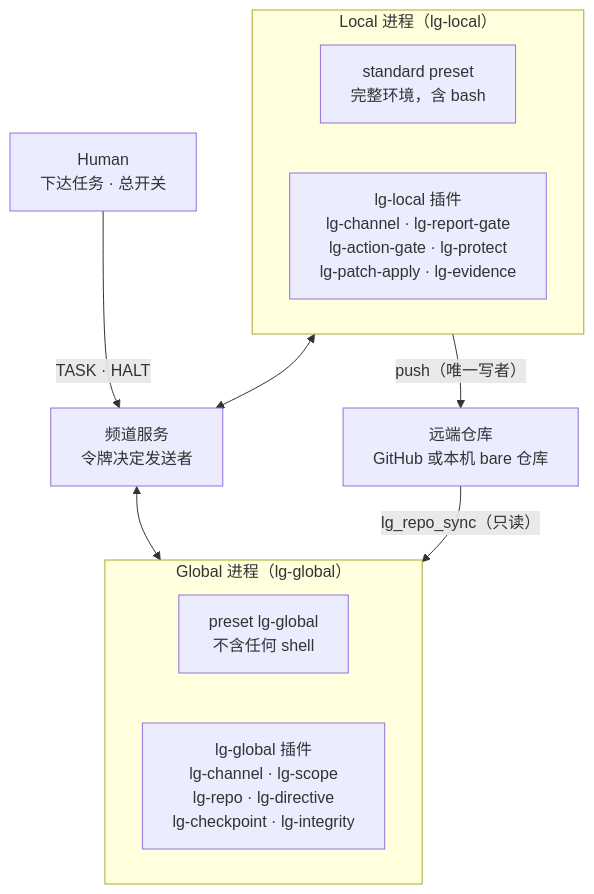
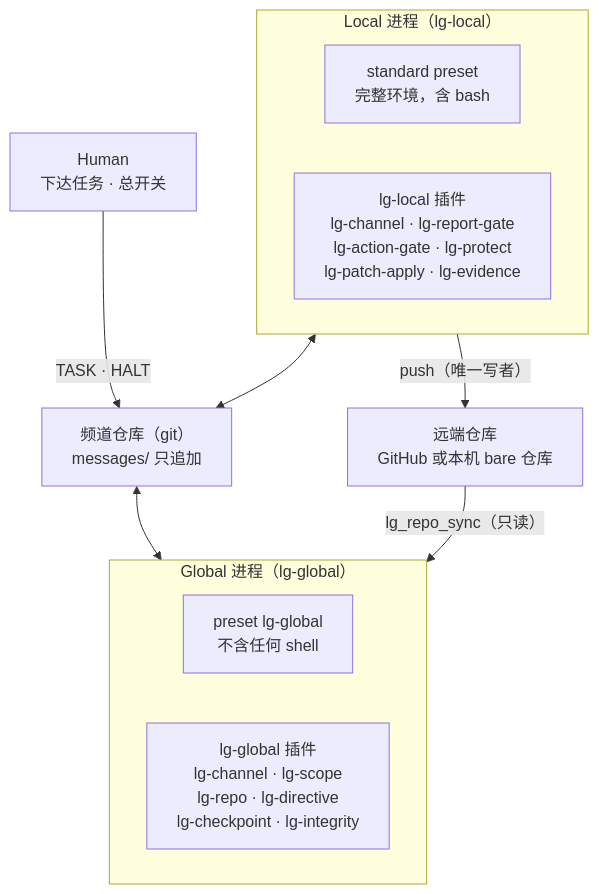
One commit to codezzzsleep/dsh-local-global changed the diagram in docs/implementation.md. Above: the diagram before and after it, drawn with Mermaid. The commit also changed other lines of this file and 2 other files, not shown here.

First line of the commit message:
docs: git channel contract, STATUS, budget, enforced isolation

````diff
--- a/docs/implementation.md
+++ b/docs/implementation.md
@@ -59,19 +59,19 @@
 ```mermaid
 flowchart TB
   human["Human<br/>下达任务 · 总开关"]
-  channel["频道服务<br/>令牌决定发送者"]
+  channel["频道仓库（git）<br/>messages/ 只追加"]
   subgraph L["Local 进程（lg-local）"]
     lpreset["standard preset<br/>完整环境，含 bash"]
     lplugins["lg-local 插件<br/>lg-channel · lg-report-gate<br/>lg-action-gate · lg-protect<br/>lg-patch-apply · lg-evidence"]
   end
   subgraph G["Global 进程（lg-global）"]
     gpreset["preset lg-global<br/>不含任何 shell"]
     gplugins["lg-global 插件<br/>lg-channel · lg-scope<br/>lg-repo · lg-directive<br/>lg-checkpoint · lg-integrity"]
   end
   repo["远端仓库<br/>GitHub 或本机 bare 仓库"]
   human -->|TASK · HALT| channel
   L <--> channel
   channel <--> G
   L -->|push（唯一写者）| repo
   repo -->|lg_repo_sync（只读）| G
 ```
````
